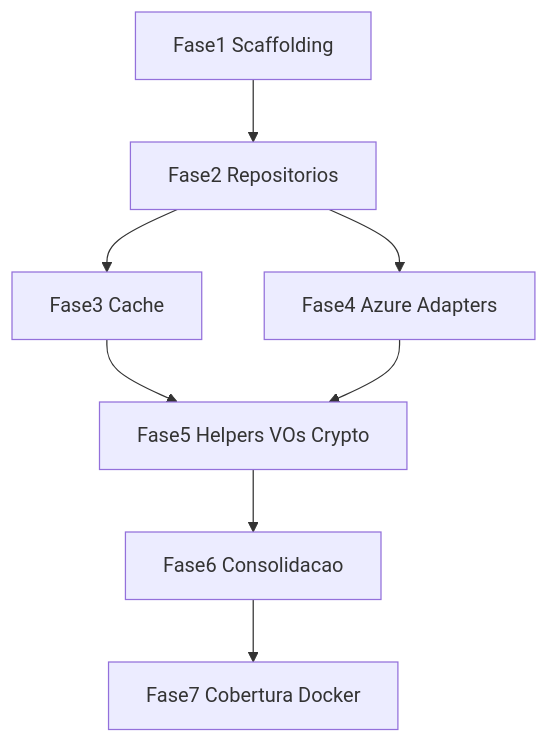
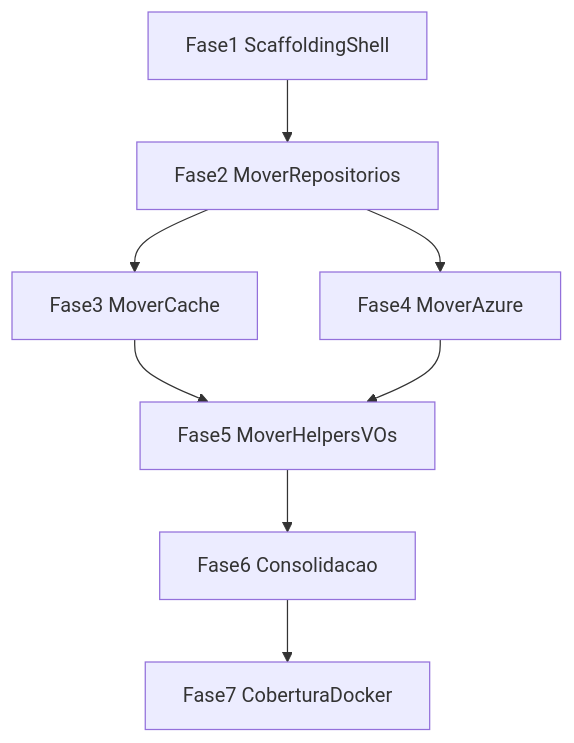
Before and after one commit to LeoneRocha/SmartDigitalPsicoAPI: the diagram in DOCUMENTACAO/SmartDigitalPsicoAPI.Core.SDK/PlanoDeAcao.md, drawn with Mermaid. The commit also changed other lines of this file and 2 other files, not shown here.

````diff
--- a/DOCUMENTACAO/SmartDigitalPsicoAPI.Core.SDK/PlanoDeAcao.md
+++ b/DOCUMENTACAO/SmartDigitalPsicoAPI.Core.SDK/PlanoDeAcao.md
@@ -281,10 +280,10 @@
 ```mermaid
 flowchart TD
-  F1[Fase1 Scaffolding] --> F2[Fase2 Repositorios]
-  F2 --> F3[Fase3 Cache]
-  F2 --> F4[Fase4 Azure Adapters]
-  F3 --> F5[Fase5 Helpers VOs Crypto]
+  F1[Fase1 ScaffoldingShell] --> F2[Fase2 MoverRepositorios]
+  F2 --> F3[Fase3 MoverCache]
+  F2 --> F4[Fase4 MoverAzure]
+  F3 --> F5[Fase5 MoverHelpersVOs]
   F4 --> F5
   F5 --> F6[Fase6 Consolidacao]
-  F6 --> F7[Fase7 Cobertura Docker]
+  F6 --> F7[Fase7 CoberturaDocker]
 ```
````
